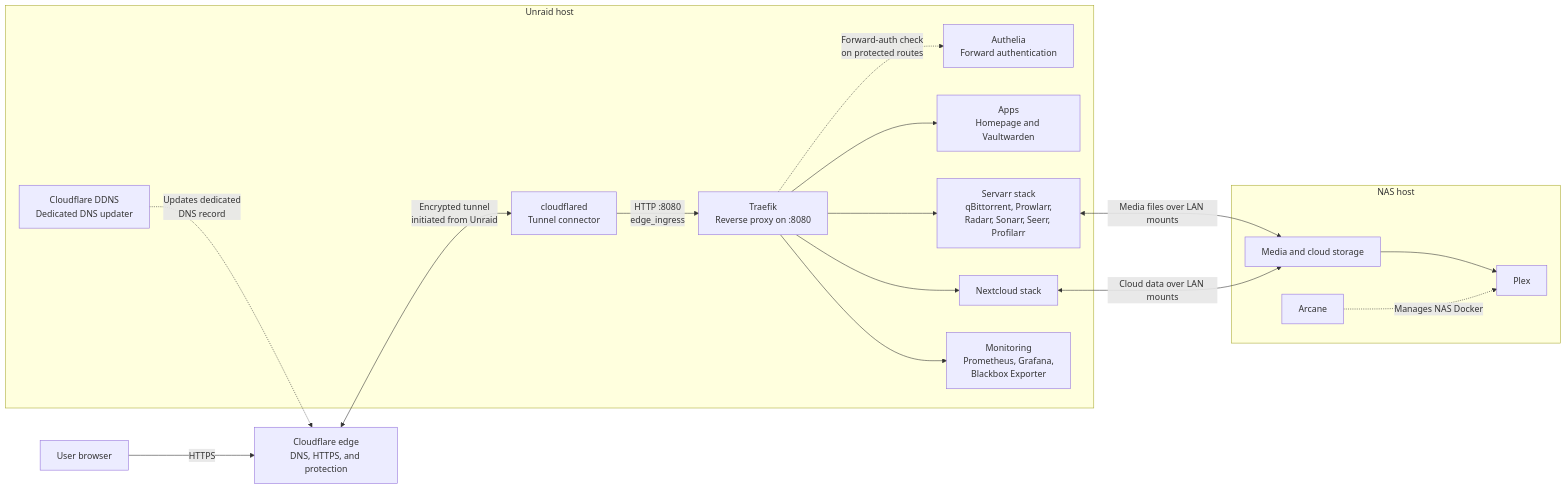
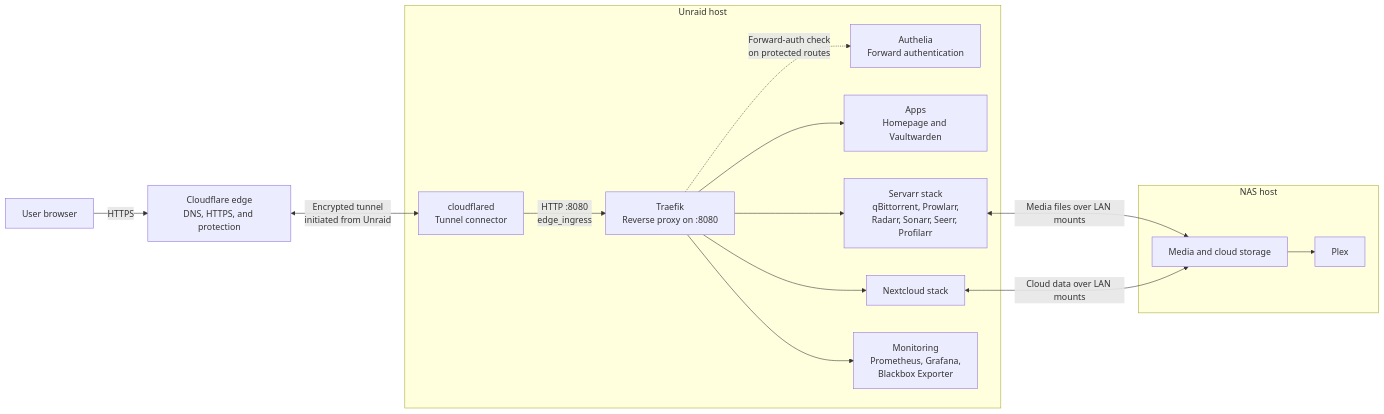
One commit to shuntps/HavenStack changed the diagram in docs/architecture/overview.md. Above: the diagram before and after it, drawn with Mermaid. The commit also changed other lines of this file and 41 other files, not shown here.

````diff
--- a/docs/architecture/overview.md
+++ b/docs/architecture/overview.md
@@ -11,36 +11,32 @@
 ```mermaid
 flowchart LR
     visitor["User browser"]
     cloudflare["Cloudflare edge<br/>DNS, HTTPS, and protection"]
 
     subgraph unraid["Unraid host"]
         cloudflared["cloudflared<br/>Tunnel connector"]
-        ddns["Cloudflare DDNS<br/>Dedicated DNS updater"]
         traefik["Traefik<br/>Reverse proxy on :8080"]
         authelia["Authelia<br/>Forward authentication"]
         apps["Apps<br/>Homepage and Vaultwarden"]
         nextcloud["Nextcloud stack"]
         servarr["Servarr stack<br/>qBittorrent, Prowlarr,<br/>Radarr, Sonarr, Seerr, Profilarr"]
         monitoring["Monitoring<br/>Prometheus, Grafana,<br/>Blackbox Exporter"]
     end
 
     subgraph nas["NAS host"]
         storage["Media and cloud storage"]
         plex["Plex"]
-        arcane["Arcane"]
     end
 
     visitor -->|"HTTPS"| cloudflare
     cloudflare <-->|"Encrypted tunnel<br/>initiated from Unraid"| cloudflared
-    ddns -.->|"Updates dedicated<br/>DNS record"| cloudflare
     cloudflared -->|"HTTP :8080<br/>edge_ingress"| traefik
     traefik -.->|"Forward-auth check<br/>on protected routes"| authelia
     traefik --> apps
     traefik --> nextcloud
     traefik --> servarr
     traefik --> monitoring
     servarr <-->|"Media files over LAN mounts"| storage
     nextcloud <-->|"Cloud data over LAN mounts"| storage
     storage --> plex
-    arcane -.->|"Manages NAS Docker"| plex
 ```
````
